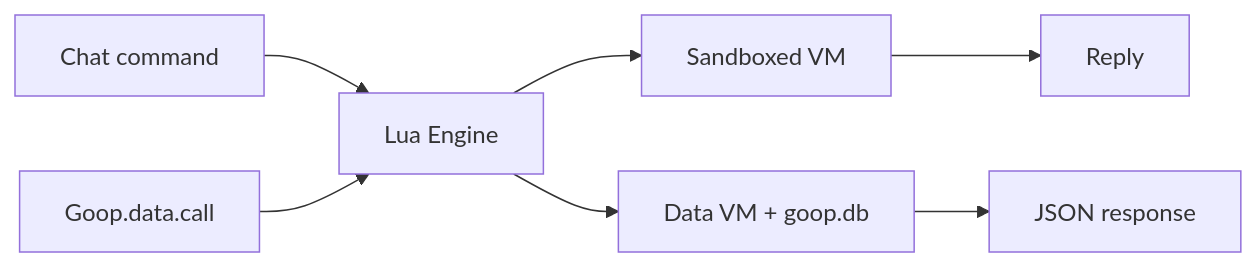
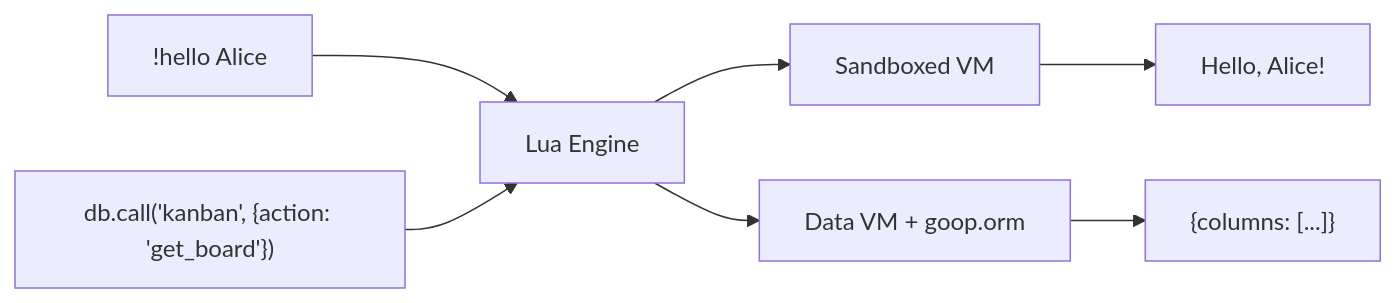
The first of 3 diagrams in internal/shareddocs/lua.md (petervdpas/goop2), drawn with Mermaid before and after one commit. The commit also changed other lines of this file and 27 other files, not shown here.

````diff
--- a/internal/shareddocs/lua.md
+++ b/internal/shareddocs/lua.md
@@ -22,9 +24,9 @@
 ```mermaid
 graph LR
-    CM["Chat command"] --> E["Lua Engine"]
+    CM["!hello Alice"] --> E["Lua Engine"]
     E --> VM1["Sandboxed VM"]
-    VM1 --> R["Reply"]
-    JS["Goop.data.call"] --> E
-    E --> VM2["Data VM + goop.db"]
-    VM2 --> JSON["JSON response"]
+    VM1 --> R["Hello, Alice!"]
+    JS["db.call('kanban', {action: 'get_board'})"] --> E
+    E --> VM2["Data VM + goop.orm"]
+    VM2 --> JSON["{columns: [...]}"]
 ```
````
